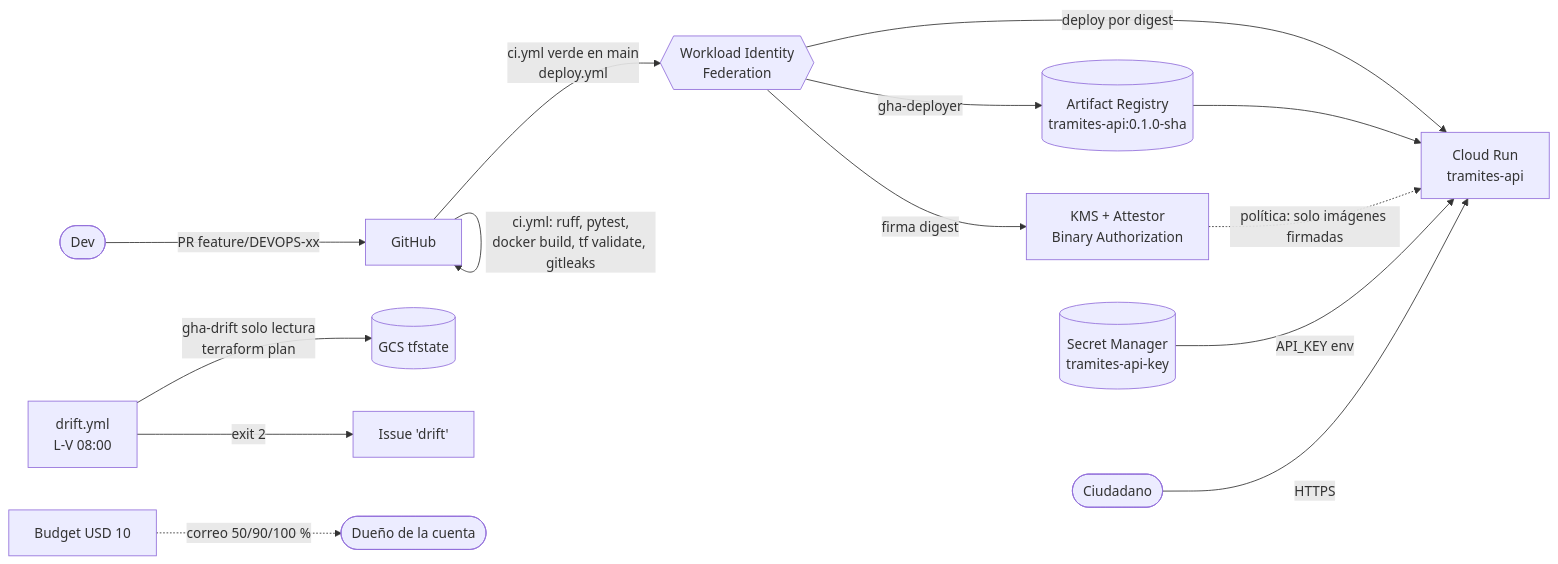
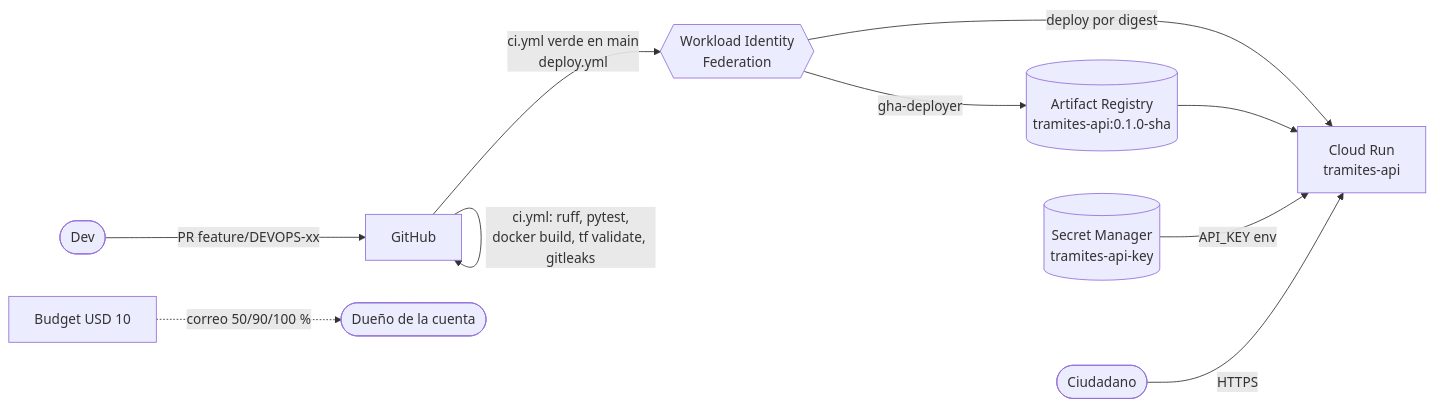
Before and after one commit to nekrerzy/tramites-platform: the diagram in README.md, drawn with Mermaid. The commit also changed other lines of this file and 12 other files, not shown here.

First line of the commit message:
chore: retirar drift.yml y Binary Authorization; WIF queda solo para deploy

````diff
--- a/README.md
+++ b/README.md
@@ -17,16 +17,12 @@
 ```mermaid
 flowchart LR
     dev([Dev]) -->|PR feature/DEVOPS-xx| gh[GitHub]
     gh -->|ci.yml: ruff, pytest,<br/>docker build, tf validate, gitleaks| gh
     gh -->|ci.yml verde en main<br/>deploy.yml| wif{{Workload Identity<br/>Federation}}
     wif -->|gha-deployer| ar[(Artifact Registry<br/>tramites-api:0.1.0-sha)]
-    wif -->|firma digest| kms[KMS + Attestor<br/>Binary Authorization]
     wif -->|deploy por digest| run[Cloud Run<br/>tramites-api]
     ar --> run
-    kms -. política: solo imágenes firmadas .-> run
     sm[(Secret Manager<br/>tramites-api-key)] -->|API_KEY env| run
     cit([Ciudadano]) -->|HTTPS| run
-    cron[drift.yml<br/>L-V 08:00] -->|gha-drift solo lectura<br/>terraform plan| state[(GCS tfstate)]
-    cron -->|exit 2| issue[Issue 'drift']
     budget[Budget USD 10] -. correo 50/90/100 % .-> owner([Dueño de la cuenta])
 ```
````
